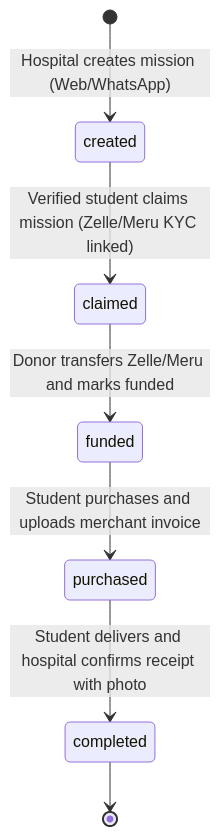
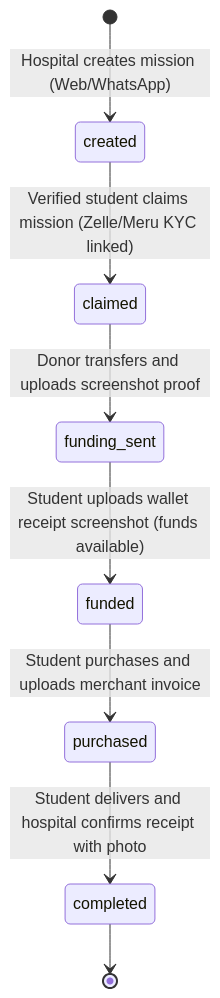
Before and after one commit to manuelramirezr/redinsumos-vzla: the diagram in specs/data-model.md, drawn with Mermaid. The commit also changed other lines of this file and 4 other files, not shown here.

Commit message:
feat: require donor transfer screenshot proof and student wallet receipt verification

````diff
--- a/specs/data-model.md
+++ b/specs/data-model.md
@@ -76,9 +78,10 @@
 ```mermaid
 stateDiagram-v2
     [*] --> created : Hospital creates mission (Web/WhatsApp)
     created --> claimed : Verified student claims mission (Zelle/Meru KYC linked)
-    claimed --> funded : Donor transfers Zelle/Meru and marks funded
+    claimed --> funding_sent : Donor transfers and uploads screenshot proof
+    funding_sent --> funded : Student uploads wallet receipt screenshot (funds available)
     funded --> purchased : Student purchases and uploads merchant invoice
     purchased --> completed : Student delivers and hospital confirms receipt with photo
     completed --> [*]
 ```
````
